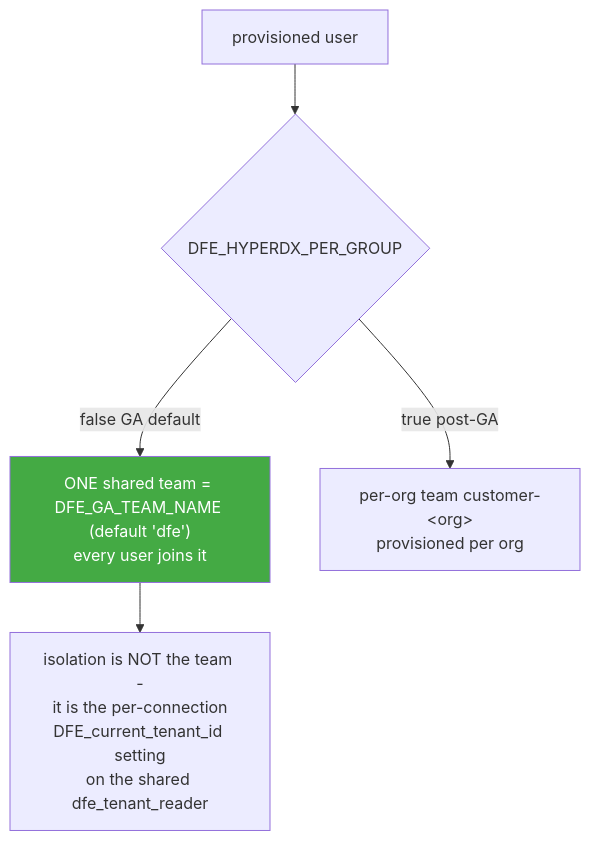
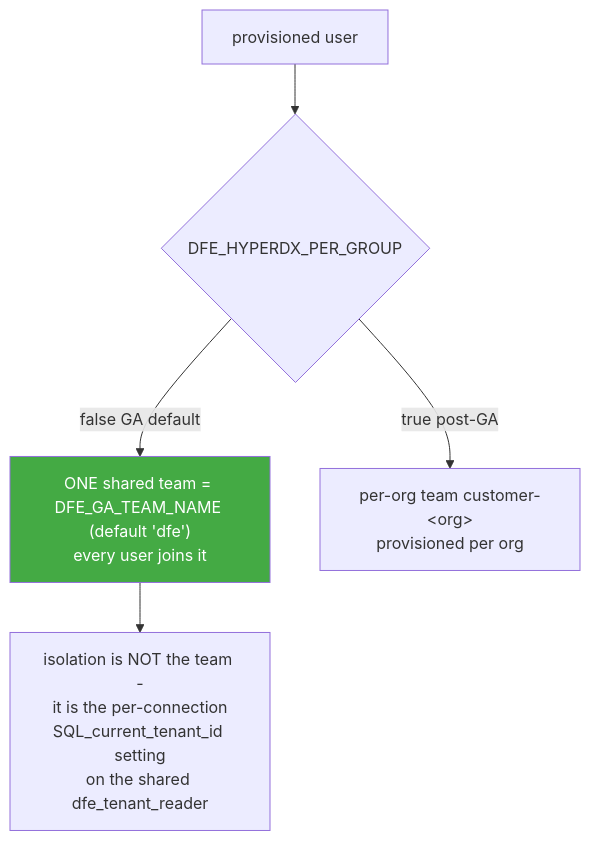
One commit to hyperi-io/dfe-engine changed diagram 13 of 14 in docs/RBAC.md. Above: the diagram before and after it, drawn with Mermaid. The commit also changed other lines of this file and 132 other files, not shown here.

````diff
--- a/docs/RBAC.md
+++ b/docs/RBAC.md
@@ -1041,8 +1045,8 @@
 ```mermaid
 flowchart TD
     START["provisioned user"] --> POSTURE{DFE_HYPERDX_PER_GROUP}
     POSTURE -->|false GA default| GA["ONE shared team = DFE_GA_TEAM_NAME (default 'dfe')<br/>every user joins it"]
-    GA --> GACONN["isolation is NOT the team -<br/>it is the per-connection<br/>DFE_current_tenant_id setting<br/>on the shared dfe_tenant_reader"]
+    GA --> GACONN["isolation is NOT the team -<br/>it is the per-connection<br/>SQL_current_tenant_id setting<br/>on the shared dfe_tenant_reader"]
     POSTURE -->|true post-GA| PG["per-org team customer-&lt;org&gt;<br/>provisioned per org"]
     style GA fill:#4a4,color:#fff
 ```
````
